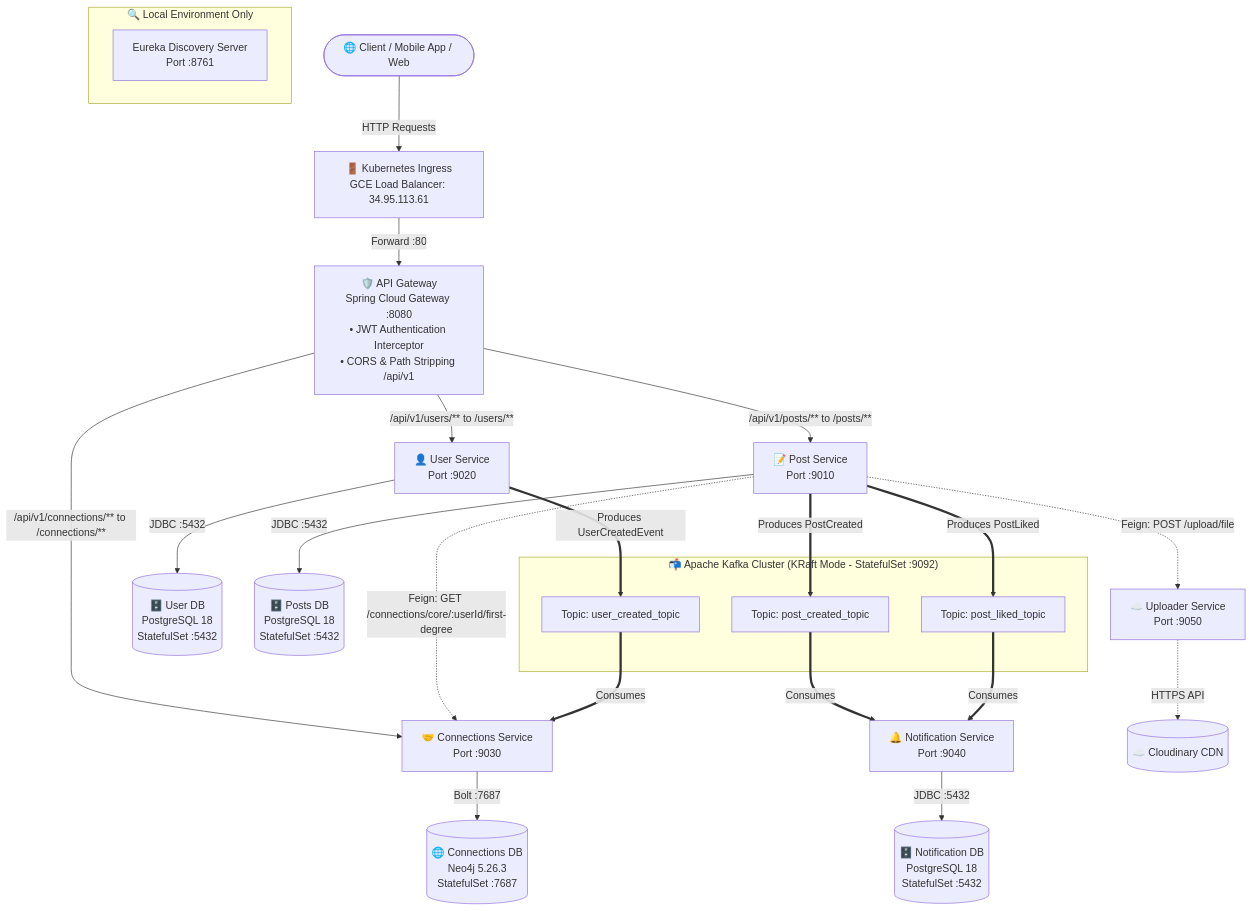
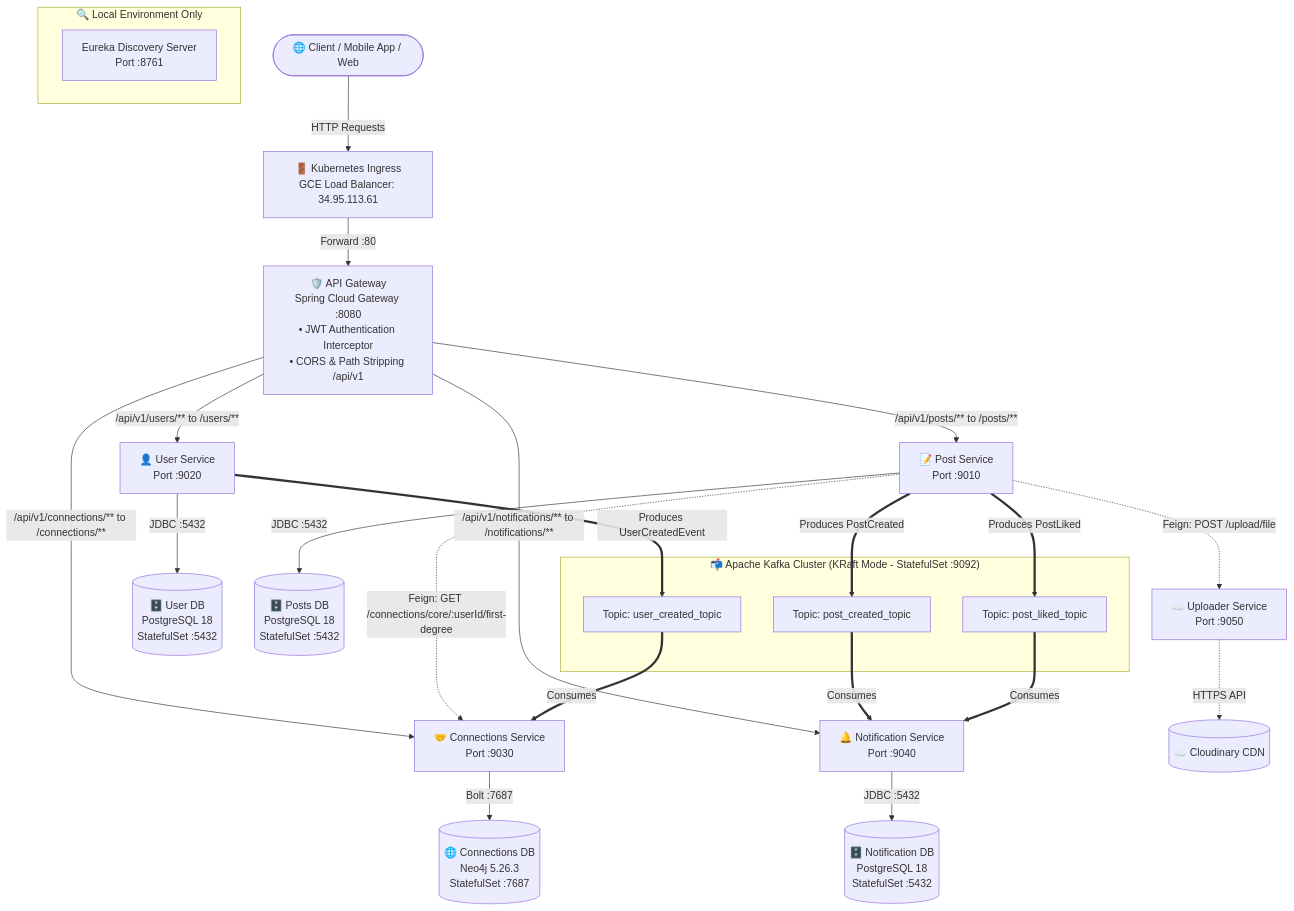
The diagram in README.md (gitcoder-aman/ConnectIn), drawn with Mermaid before and after one commit. The commit also changed other lines of this file and 12 other files, not shown here.

````diff
--- a/README.md
+++ b/README.md
@@ -207,45 +208,46 @@
 ```mermaid
 flowchart TD
     %% External Traffic
     Client(["🌐 Client / Mobile App / Web"]) -->|HTTP Requests| Ingress["🚪 Kubernetes Ingress<br/>GCE Load Balancer: 34.95.113.61"]
     
     %% Ingress to Gateway
     Ingress -->|Forward :80| Gateway["🛡️ API Gateway<br/>Spring Cloud Gateway :8080<br/>• JWT Authentication Interceptor<br/>• CORS & Path Stripping /api/v1"]
 
     %% Gateway to Services
     Gateway -->|/api/v1/users/** to /users/**| UserSvc["👤 User Service<br/>Port :9020"]
     Gateway -->|/api/v1/posts/** to /posts/**| PostSvc["📝 Post Service<br/>Port :9010"]
     Gateway -->|/api/v1/connections/** to /connections/**| ConnSvc["🤝 Connections Service<br/>Port :9030"]
+    Gateway -->|/api/v1/notifications/** to /notifications/**| NotifSvc["🔔 Notification Service<br/>Port :9040"]
 
     %% Microservices to Databases
     UserSvc -->|JDBC :5432| UserDB[("🗄️ User DB<br/>PostgreSQL 18<br/>StatefulSet :5432")]
     PostSvc -->|JDBC :5432| PostDB[("🗄️ Posts DB<br/>PostgreSQL 18<br/>StatefulSet :5432")]
     ConnSvc -->|Bolt :7687| NeoDB[("🌐 Connections DB<br/>Neo4j 5.26.3<br/>StatefulSet :7687")]
     NotifSvc["🔔 Notification Service<br/>Port :9040"] -->|JDBC :5432| NotifDB[("🗄️ Notification DB<br/>PostgreSQL 18<br/>StatefulSet :5432")]
 
     %% Synchronous Feign Calls
     PostSvc -.->|Feign: POST /upload/file| UploadSvc["☁️ Uploader Service<br/>Port :9050"]
     UploadSvc -.->|HTTPS API| Cloudinary[("☁️ Cloudinary CDN")]
     PostSvc -.->|Feign: GET /connections/core/:userId/first-degree| ConnSvc
 
     %% Asynchronous Kafka Event Streaming
     subgraph KafkaBroker ["📬 Apache Kafka Cluster (KRaft Mode - StatefulSet :9092)"]
         T1["Topic: user_created_topic"]
         T2["Topic: post_created_topic"]
         T3["Topic: post_liked_topic"]
     end
 
     UserSvc ==>|Produces UserCreatedEvent| T1
     T1 ==>|Consumes| ConnSvc
 
     PostSvc ==>|Produces PostCreated| T2
     PostSvc ==>|Produces PostLiked| T3
 
     T2 ==>|Consumes| NotifSvc
     T3 ==>|Consumes| NotifSvc
 
     %% Service Registry Note
     subgraph Discovery ["🔍 Local Environment Only"]
         Eureka["Eureka Discovery Server<br/>Port :8761"]
     end
 ```
````
